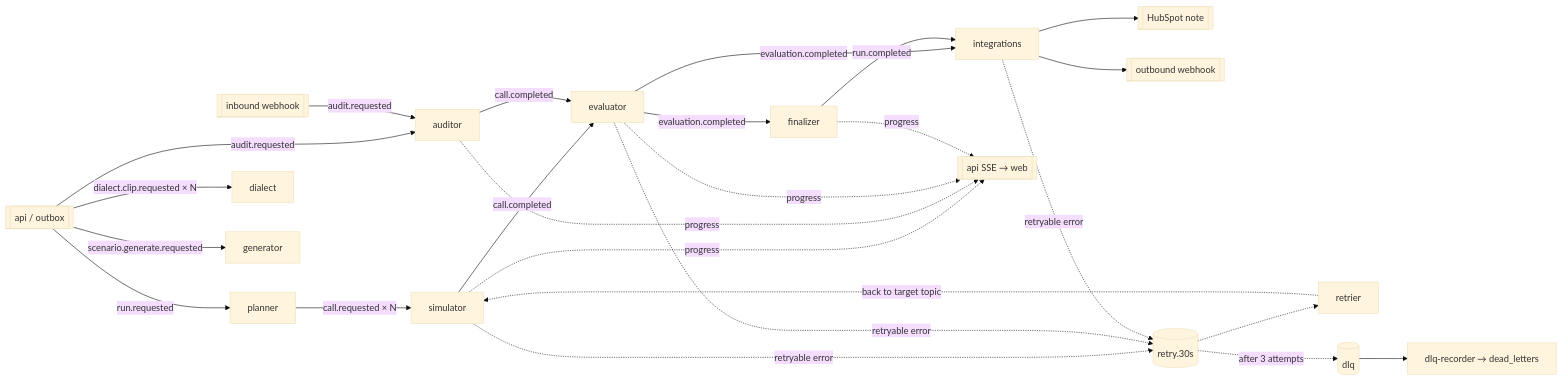
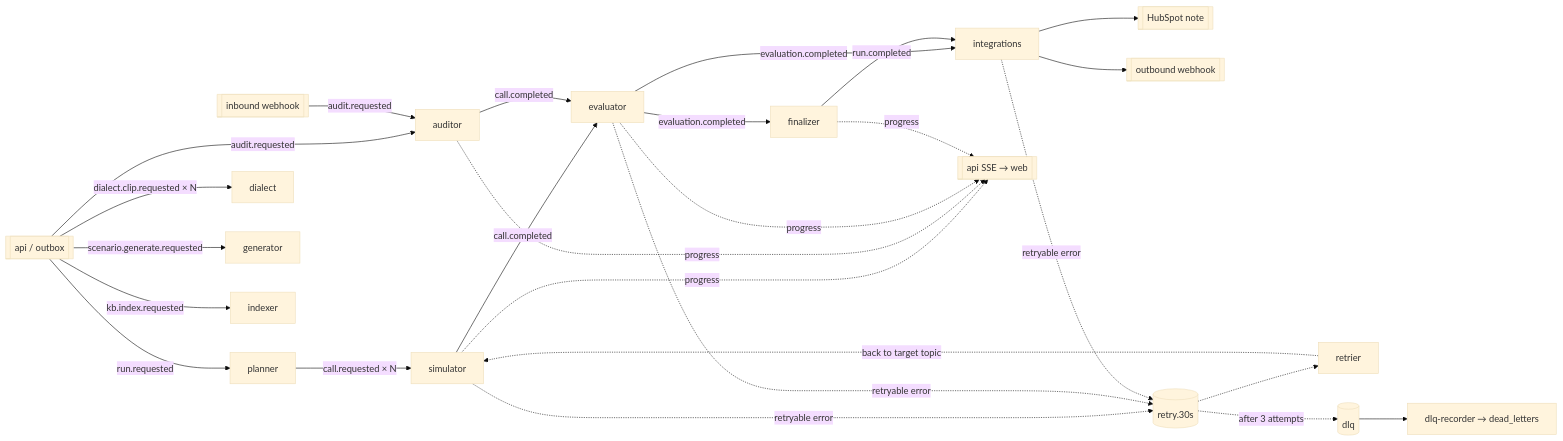
Before and after one commit to Voice-Application/Pareeksha-: the third of 7 diagrams in docs/04-system-design.md, drawn with Mermaid (base theme). The commit also changed other lines of this file and 29 other files, not shown here.

````diff
--- a/docs/04-system-design.md
+++ b/docs/04-system-design.md
@@ -71,20 +79,21 @@
 ```mermaid
 flowchart LR
     API[[api / outbox]] -->|run.requested| PLN[planner]
     PLN -->|call.requested × N| SIM[simulator]
     API -->|audit.requested| AUD[auditor]
     WH[[inbound webhook]] -->|audit.requested| AUD
     SIM -->|call.completed| EVA[evaluator]
     AUD -->|call.completed| EVA
     EVA -->|evaluation.completed| FIN[finalizer]
     EVA -->|evaluation.completed| INT[integrations]
     FIN -->|run.completed| INT
     INT --> HS[[HubSpot note]]
     INT --> OWH[[outbound webhook]]
     API -->|dialect.clip.requested × N| DIA[dialect]
     API -->|scenario.generate.requested| GEN[generator]
+    API -->|kb.index.requested| IDX[indexer]
     SIM & AUD & EVA & FIN -.->|progress| SSE[[api SSE → web]]
     SIM & EVA & INT -.->|retryable error| R30[(retry.30s)] -.-> RET[retrier]
     RET -.->|back to target topic| SIM
     R30 -.->|after 3 attempts| DLQ[(dlq)] --> DLQR[dlq-recorder → dead_letters]
 ```
````
